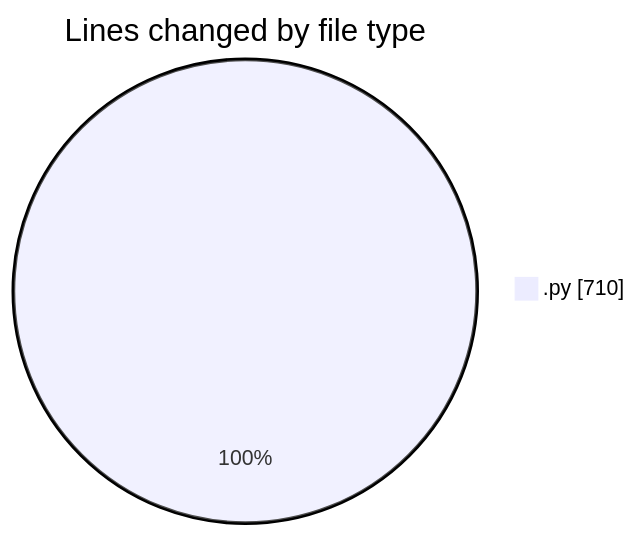
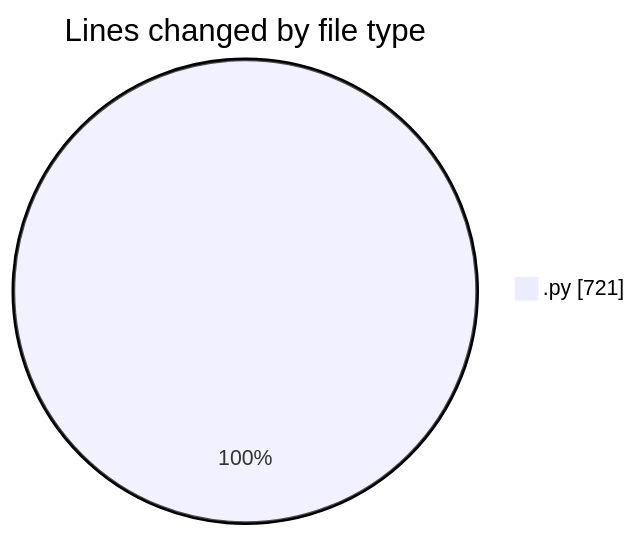
The first of 2 diagrams in 2025-10-22/eventscop-api-guide__workspace_/README.md (julien-gomy/code-tracking), drawn with Mermaid before and after one commit. The commit also changed other lines of this file and 1 other file, not shown here.

````diff
--- a/2025-10-22/eventscop-api-guide__workspace_/README.md
+++ b/2025-10-22/eventscop-api-guide__workspace_/README.md
@@ -32,5 +32,5 @@
 ```mermaid
 pie showData
 title Lines changed by file type
-".py" : 710
+".py" : 721
 ```
````
